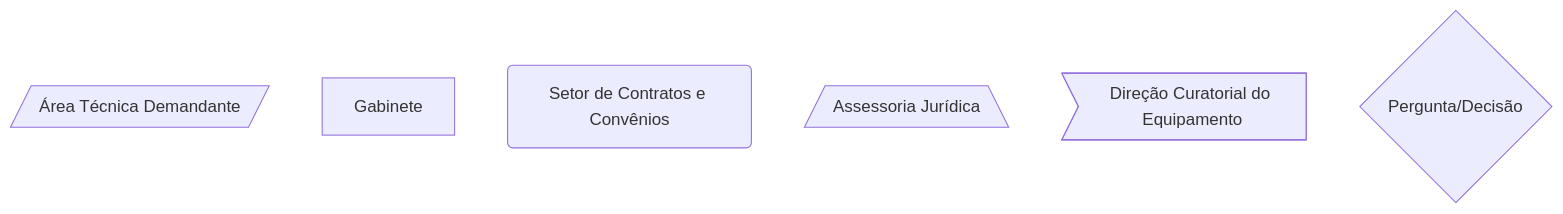
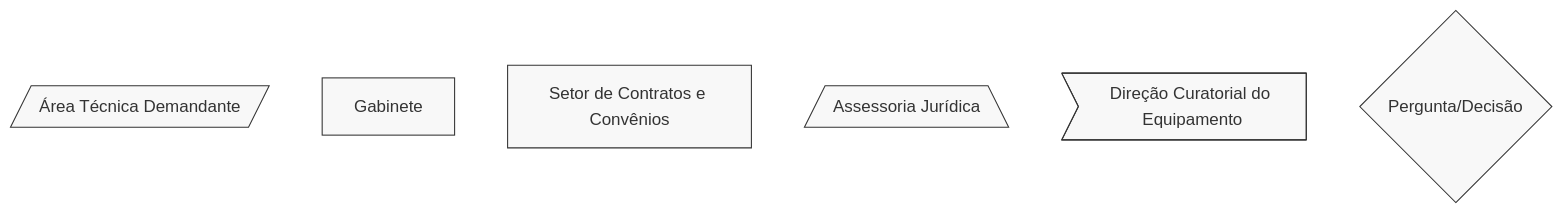
The first of 2 diagrams in docs/parcerias/marco-do-fomento/termo-de-ocupacao-cultural.md (iepha-mg/manual.appi), drawn with Mermaid before and after one commit. The commit also changed other lines of this file, not shown here.

````diff
--- a/docs/parcerias/marco-do-fomento/termo-de-ocupacao-cultural.md
+++ b/docs/parcerias/marco-do-fomento/termo-de-ocupacao-cultural.md
@@ -103,9 +114,11 @@
-<div class="mermaid">
-flowchart TD
+```mermaid
+    %%{init: { 'flowchart': { 'htmlLabels': true }, 'maxTextSize': 90000 }}%%
+    flowchart TD
     A_LEG@{ shape: lean-r, label: "Área Técnica Demandante" }
     B_LEG@{ shape: rect, label: "Gabinete" }
     C_LEG@{ shape: rounded, label: "Setor de Contratos e Convênios" }
     D_LEG@{ shape: trap-b, label: "Assessoria Jurídica" }
     E_LEG@{ shape: odd, label: "Direção Curatorial do Equipamento" }
     F_LEG@{ shape: diamond, label: "Pergunta/Decisão" }
-</div>
+    classDef default stroke:#333,stroke-width:1px,fill:#f8f8f8,rx:0,ry:6font-size:20px;
+```
````
